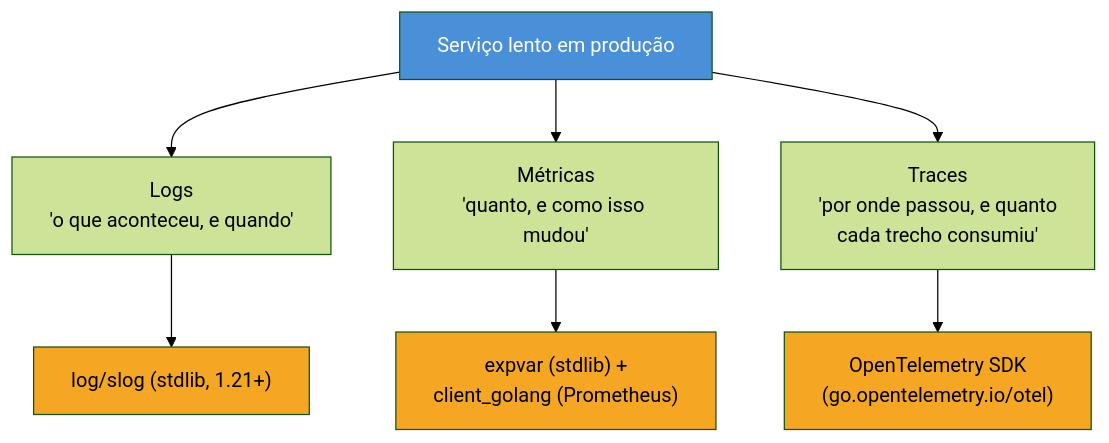
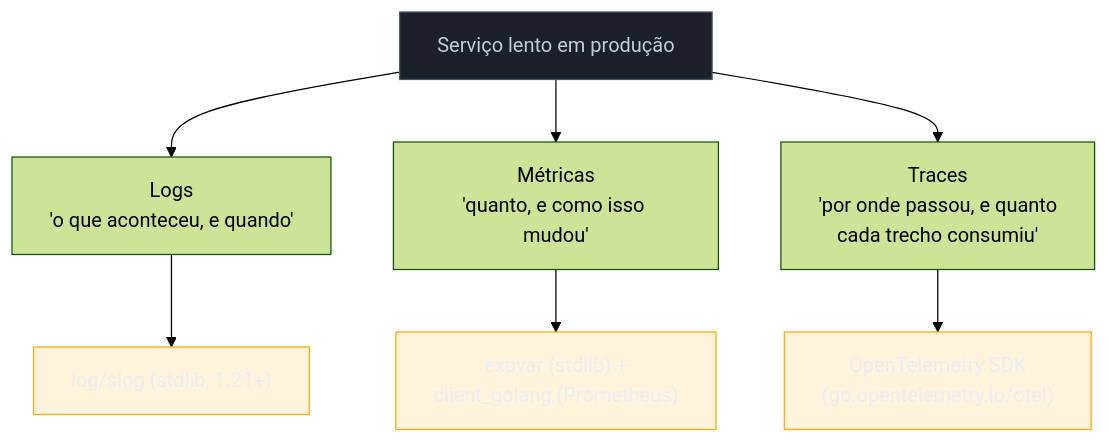
The first of 2 diagrams in 03-Dominios/Tecnologia/Go/16 - Observabilidade/01 - Os três pilares em Go.md (josenaldo/codex-technomanticus), drawn with Mermaid (forest theme) before and after one commit. The commit also changed 1181 other files, not shown here.

First line of the commit message:
fix(diagramas): paleta do sistema no lugar de cor cravada no markdown

````diff
--- a/03-Dominios/Tecnologia/Go/16 - Observabilidade/01 - Os três pilares em Go.md
+++ b/03-Dominios/Tecnologia/Go/16 - Observabilidade/01 - Os três pilares em Go.md
@@ -31,15 +31,17 @@
 ```mermaid
 flowchart TB
+    classDef neutro fill:#1B2029,stroke:#4E5666,color:#C6CCD8
+    classDef destaque fill:#FFAA0024,stroke:#FFAA00,color:#E9ECF2
     Q["Serviço lento em produção"] --> L["Logs\n'o que aconteceu, e quando'"]
     Q --> M["Métricas\n'quanto, e como isso mudou'"]
     Q --> T["Traces\n'por onde passou, e quanto\ncada trecho consumiu'"]
 
     L --> L2["log/slog (stdlib, 1.21+)"]
     M --> M2["expvar (stdlib) +\nclient_golang (Prometheus)"]
     T --> T2["OpenTelemetry SDK\n(go.opentelemetry.io/otel)"]
 
-    style Q fill:#4A90D9,color:#fff
-    style L2 fill:#F5A623,color:#000
-    style M2 fill:#F5A623,color:#000
-    style T2 fill:#F5A623,color:#000
+    class Q neutro
+    class L2 destaque
+    class M2 destaque
+    class T2 destaque
 ```
````
